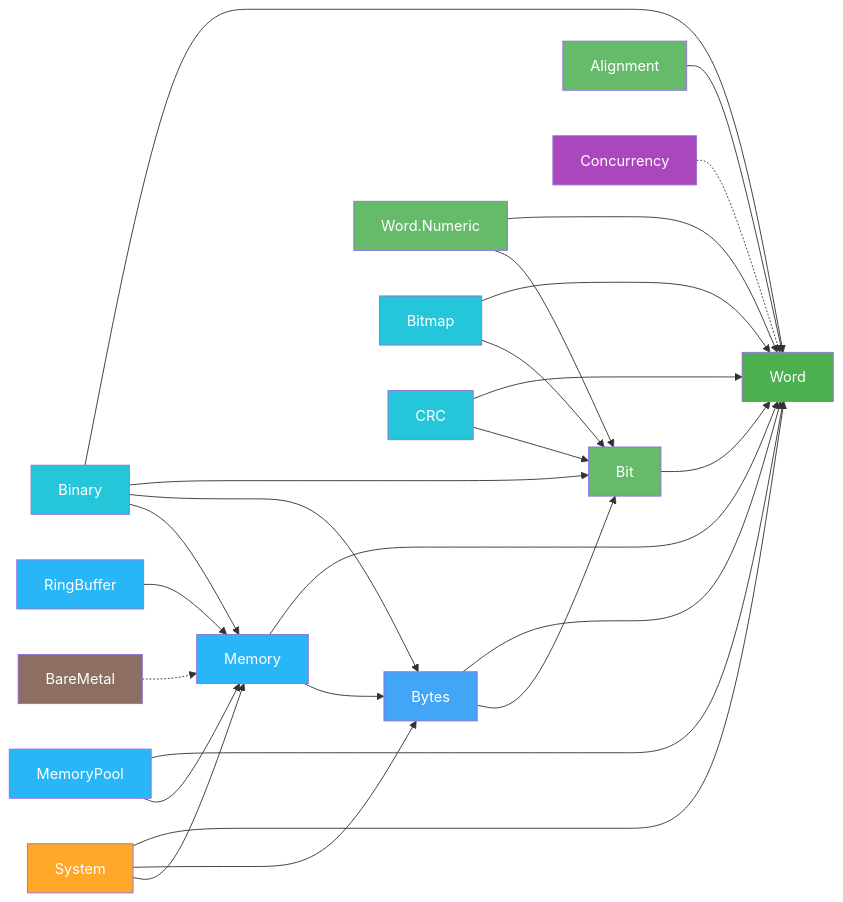
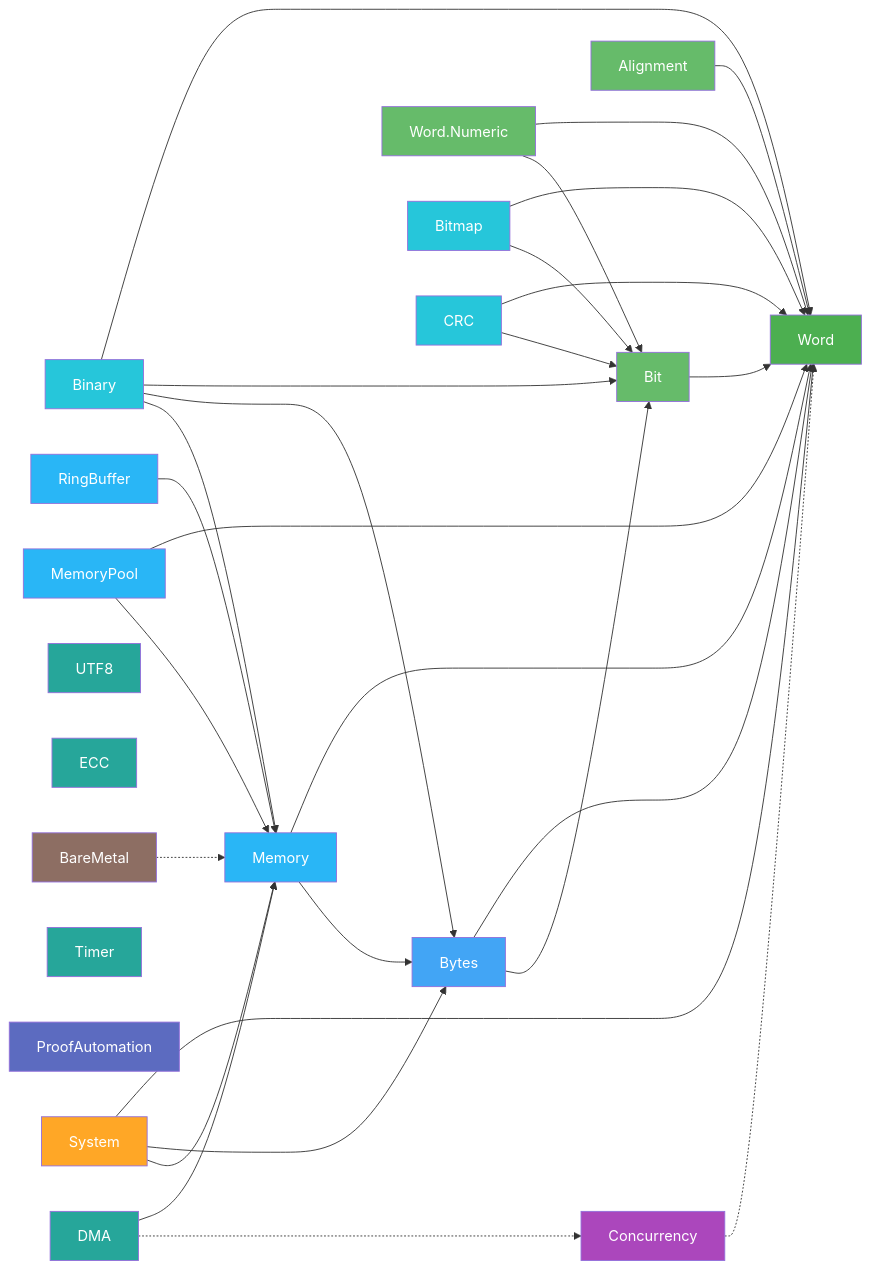
The first of 2 diagrams in docs/en/architecture/module-dependency.md (Provenance-Works/Radix), drawn with Mermaid before and after one commit. The commit also changed other lines of this file and 8 other files, not shown here.

````diff
--- a/docs/en/architecture/module-dependency.md
+++ b/docs/en/architecture/module-dependency.md
@@ -7,42 +7,53 @@
 ```mermaid
 graph LR
     Word["Word"]
     Bit["Bit"] --> Word
     Bytes["Bytes"] --> Word
     Bytes --> Bit
     Numeric["Word.Numeric"] --> Word
     Numeric --> Bit
     Memory["Memory"] --> Word
     Memory --> Bytes
     Binary["Binary"] --> Word
     Binary --> Bit
     Binary --> Bytes
     Binary --> Memory
     Alignment["Alignment"] --> Word
     RingBuffer["RingBuffer"] --> Memory
     Bitmap["Bitmap"] --> Word
     Bitmap --> Bit
     CRC["CRC"] --> Word
     CRC --> Bit
     MemoryPool["MemoryPool"] --> Word
     MemoryPool --> Memory
+    UTF8["UTF8"]
+    ECC["ECC"]
+    DMA["DMA"] --> Memory
+    DMA -.-> Concurrency
+    Timer["Timer"]
+    ProofAutomation["ProofAutomation"]
     System["System"] --> Word
     System --> Bytes
     System --> Memory
     Concurrency["Concurrency"] -.-> Word
     BareMetal["BareMetal"] -.-> Memory
     style Word fill:#4CAF50,color:white
     style Bit fill:#66BB6A,color:white
     style Bytes fill:#42A5F5,color:white
     style Memory fill:#29B6F6,color:white
     style Binary fill:#26C6DA,color:white
     style Numeric fill:#66BB6A,color:white
     style Alignment fill:#66BB6A,color:white
     style RingBuffer fill:#29B6F6,color:white
     style Bitmap fill:#26C6DA,color:white
     style CRC fill:#26C6DA,color:white
     style MemoryPool fill:#29B6F6,color:white
+    style UTF8 fill:#26A69A,color:white
+    style ECC fill:#26A69A,color:white
+    style DMA fill:#26A69A,color:white
+    style Timer fill:#26A69A,color:white
+    style ProofAutomation fill:#5C6BC0,color:white
     style System fill:#FFA726,color:white
     style Concurrency fill:#AB47BC,color:white
     style BareMetal fill:#8D6E63,color:white
 ```
````
